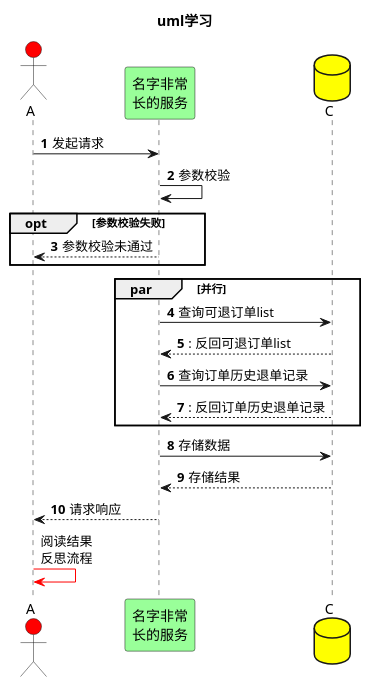
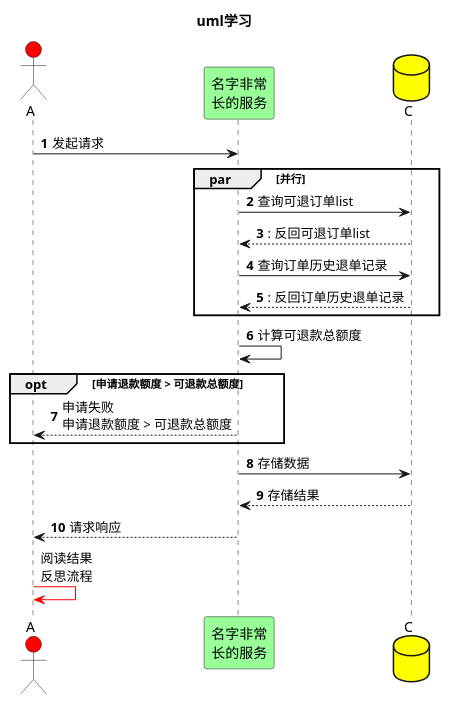
Before and after one commit to dictionaryshi/wxjj: the diagram in diagram/Demo.puml, drawn with PlantUML.

Commit message:
Demo.puml

```diff
--- a/diagram/Demo.puml
+++ b/diagram/Demo.puml
@@ -1,37 +1,33 @@
 @startuml
 'uml学习'
 
 title uml学习
 
 actor A #red
 participant B as "名字非常\n长的服务" #99FF99
 database C #yellow
 
 autonumber 1
-
 A -> B: 发起请求
-
-B -> B: 参数校验
-
-opt 参数校验失败
-B --> A: 参数校验未通过
-end
 
 par 并行
 B -> C: 查询可退订单list
 return: 反回可退订单list
-
 B -> C: 查询订单历史退单记录
 return: 反回订单历史退单记录
+end
+
+B -> B: 计算可退款总额度
+opt 申请退款额度 > 可退款总额度
+B --> A: 申请失败\n申请退款额度 > 可退款总额度
 end
 
 B -> C: 存储数据
 return 存储结果
 
 B --> A: 请求响应
-
 autonumber stop
 
 A -[#red]> A: 阅读结果\n反思流程
 
 @enduml
```
